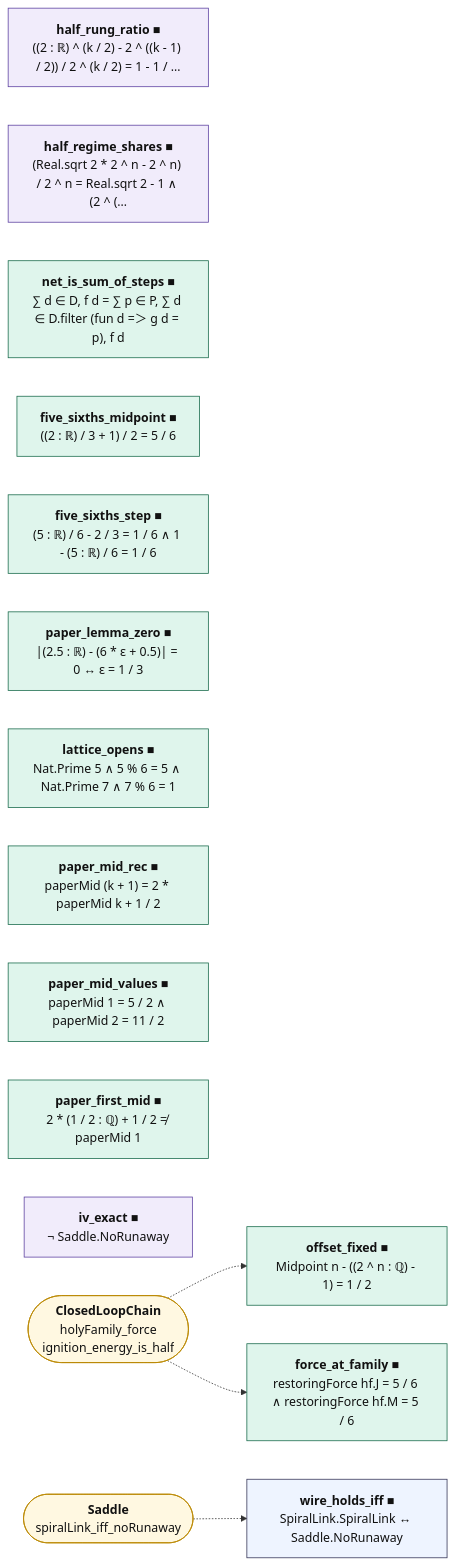
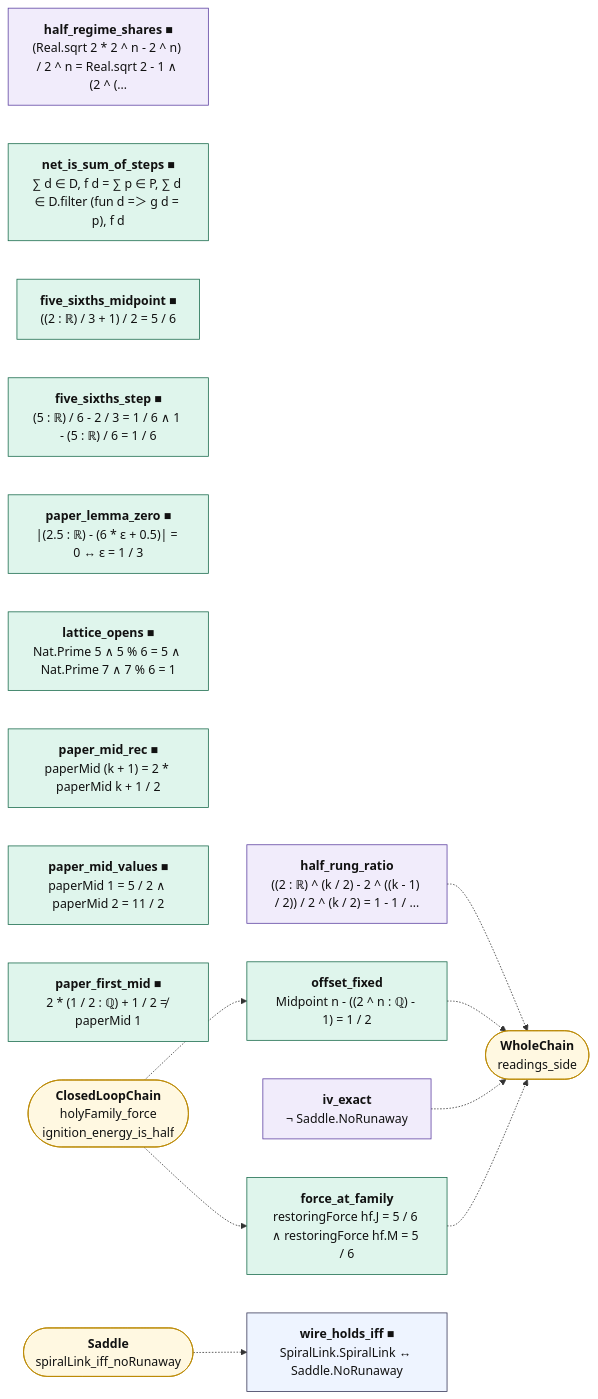
One commit to juliansambranojr/Primebeat_081426 changed the diagram in map/lean_stage3/Readings.mmd. Above: the diagram before and after it, drawn with Mermaid. The commit also changed 45 other files, not shown here.

```diff
--- a/map/lean_stage3/Readings.mmd
+++ b/map/lean_stage3/Readings.mmd
@@ -1,28 +1,33 @@
 flowchart LR
-  n0["<b>half_rung_ratio ■</b><br/>((2 : ℝ) ^ (k / 2) - 2 ^ ((k - 1) / 2)) / 2 ^ (k / 2) = 1 - 1 / …"]:::shp
+  n0["<b>half_rung_ratio</b><br/>((2 : ℝ) ^ (k / 2) - 2 ^ ((k - 1) / 2)) / 2 ^ (k / 2) = 1 - 1 / …"]:::shp
   n1["<b>half_regime_shares ■</b><br/>(Real.sqrt 2 * 2 ^ n - 2 ^ n) / 2 ^ n = Real.sqrt 2 - 1 ∧ (2 ^ (…"]:::shp
   n2["<b>net_is_sum_of_steps ■</b><br/>∑ d ∈ D, f d = ∑ p ∈ P, ∑ d ∈ D.filter (fun d =＞ g d = p), f d"]:::cnt
   n3["<b>five_sixths_midpoint ■</b><br/>((2 : ℝ) / 3 + 1) / 2 = 5 / 6"]:::cnt
   n4["<b>five_sixths_step ■</b><br/>(5 : ℝ) / 6 - 2 / 3 = 1 / 6 ∧ 1 - (5 : ℝ) / 6 = 1 / 6"]:::cnt
-  n5["<b>force_at_family ■</b><br/>restoringForce hf.J = 5 / 6 ∧ restoringForce hf.M = 5 / 6"]:::cnt
+  n5["<b>force_at_family</b><br/>restoringForce hf.J = 5 / 6 ∧ restoringForce hf.M = 5 / 6"]:::cnt
   n6["<b>paper_lemma_zero ■</b><br/>|(2.5 : ℝ) - (6 * ε + 0.5)| = 0 ↔ ε = 1 / 3"]:::cnt
   n7["<b>lattice_opens ■</b><br/>Nat.Prime 5 ∧ 5 % 6 = 5 ∧ Nat.Prime 7 ∧ 7 % 6 = 1"]:::cnt
   n8["<b>paper_mid_rec ■</b><br/>paperMid (k + 1) = 2 * paperMid k + 1 / 2"]:::cnt
   n9["<b>paper_mid_values ■</b><br/>paperMid 1 = 5 / 2 ∧ paperMid 2 = 11 / 2"]:::cnt
   n10["<b>paper_first_mid ■</b><br/>2 * (1 / 2 : ℚ) + 1 / 2 ≠ paperMid 1"]:::cnt
-  n11["<b>offset_fixed ■</b><br/>Midpoint n - ((2 ^ n : ℚ) - 1) = 1 / 2"]:::cnt
-  n12["<b>iv_exact ■</b><br/>¬ Saddle.NoRunaway"]:::shp
+  n11["<b>offset_fixed</b><br/>Midpoint n - ((2 ^ n : ℚ) - 1) = 1 / 2"]:::cnt
+  n12["<b>iv_exact</b><br/>¬ Saddle.NoRunaway"]:::shp
   n13["<b>wire_holds_iff ■</b><br/>SpiralLink.SpiralLink ↔ Saddle.NoRunaway"]:::thm
-  x0(["<b>ClosedLoopChain</b><br/>holyFamily_force<br/>ignition_energy_is_half"]):::ext
-  x1(["<b>Saddle</b><br/>spiralLink_iff_noRunaway"]):::ext
-  x0 -.-> n11
-  x0 -.-> n5
-  x1 -.-> n13
+  x0(["<b>WholeChain</b><br/>readings_side"]):::ext
+  x1(["<b>ClosedLoopChain</b><br/>holyFamily_force<br/>ignition_energy_is_half"]):::ext
+  x2(["<b>Saddle</b><br/>spiralLink_iff_noRunaway"]):::ext
+  n0 -.-> x0
+  n11 -.-> x0
+  n12 -.-> x0
+  n5 -.-> x0
+  x1 -.-> n11
+  x1 -.-> n5
+  x2 -.-> n13
   classDef cnt fill:#dff5ec,stroke:#17694a,color:#111
   classDef shp fill:#f1ecfb,stroke:#5b3fa0,color:#111
   classDef rh fill:#ffe5e5,stroke:#c22,color:#111,stroke-width:2px
   classDef thm fill:#eef4ff,stroke:#335,color:#111
   classDef end_ fill:#e7f7e7,stroke:#2a7,color:#111,stroke-width:2px
   classDef lone fill:#fff,stroke:#999,color:#111,stroke-dasharray:4 3
   classDef bad fill:#ffe5e5,stroke:#c22,color:#111,stroke-width:2px
   classDef ext fill:#fff8e1,stroke:#b80,color:#111
```
